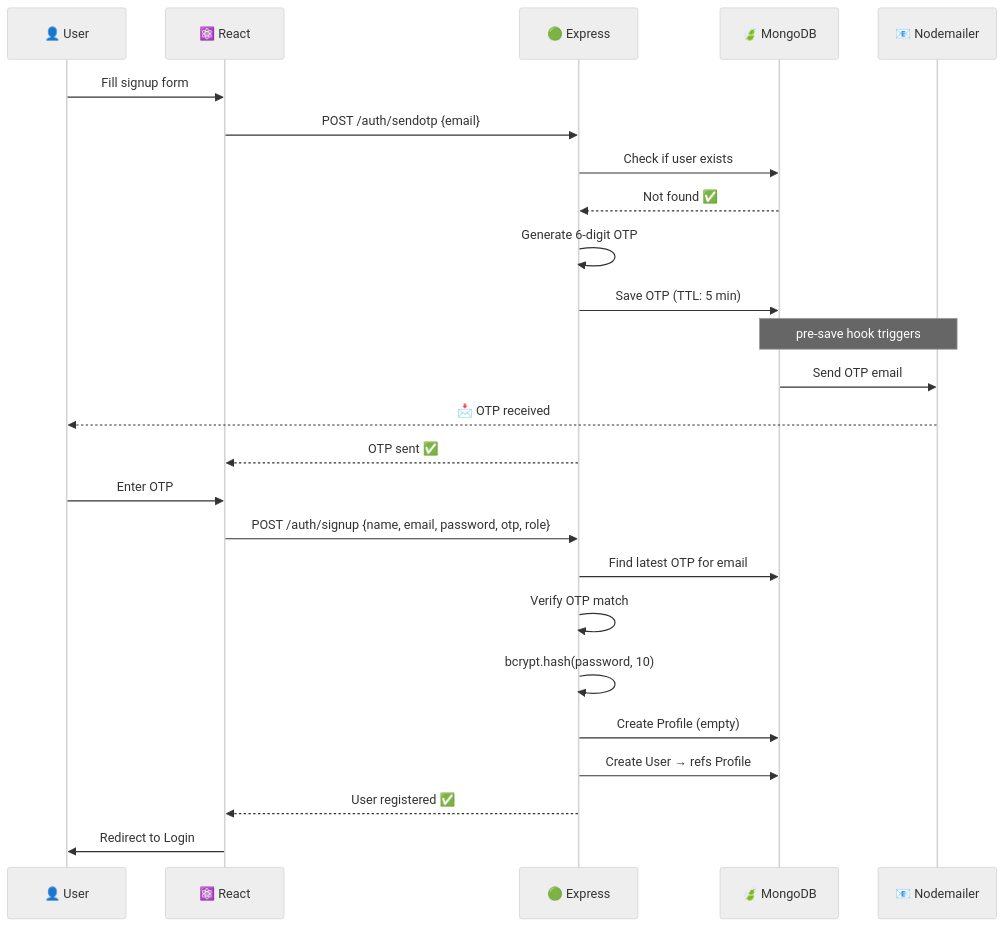
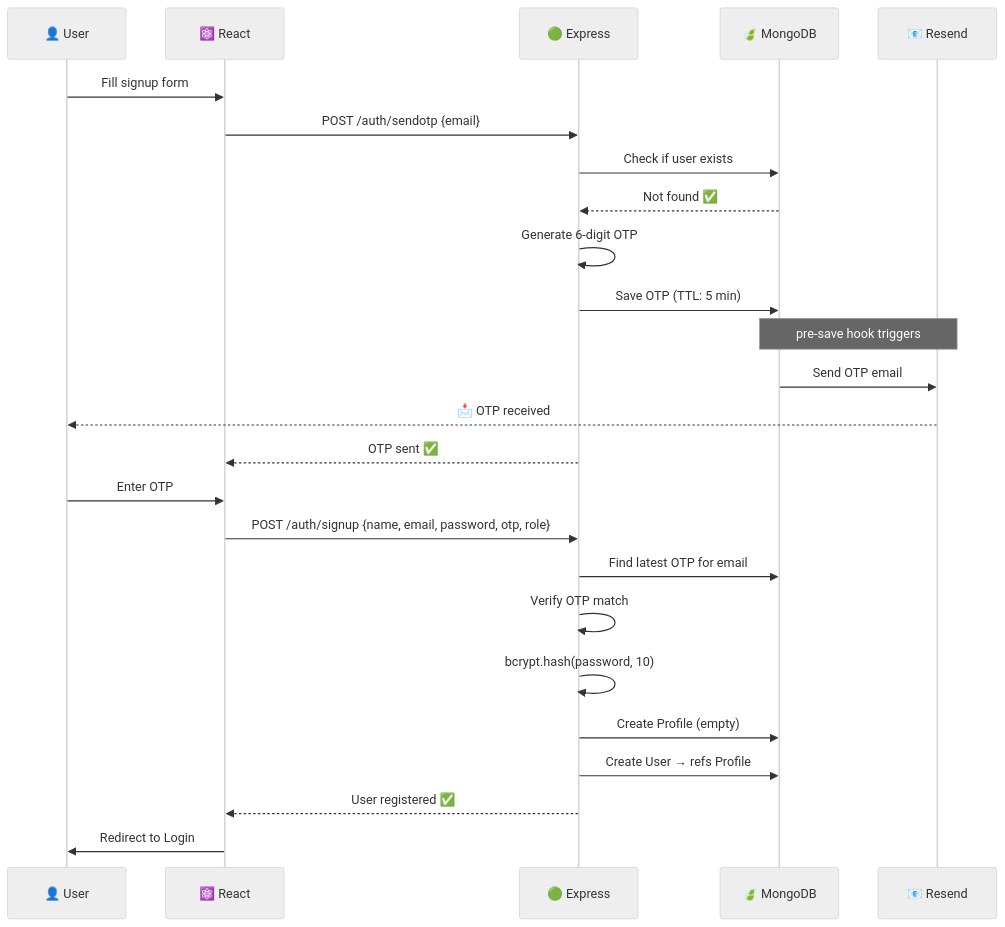
Before and after one commit to Gagan202005/StudyNotion1: the second of 7 diagrams in README.md, drawn with Mermaid (neutral theme). The commit also changed other lines of this file, not shown here.

Commit message:
Update README: migrate from Nodemailer to Resend

````diff
--- a/README.md
+++ b/README.md
@@ -180,29 +180,29 @@
 ```mermaid
 sequenceDiagram
     participant U as 👤 User
     participant R as ⚛️ React
     participant S as 🟢 Express
     participant DB as 🍃 MongoDB
-    participant E as 📧 Nodemailer
+    participant E as 📧 Resend
 
     U->>R: Fill signup form
     R->>S: POST /auth/sendotp {email}
     S->>DB: Check if user exists
     DB-->>S: Not found ✅
     S->>S: Generate 6-digit OTP
     S->>DB: Save OTP (TTL: 5 min)
     Note over DB,E: pre-save hook triggers
     DB->>E: Send OTP email
     E-->>U: 📩 OTP received
     S-->>R: OTP sent ✅
 
     U->>R: Enter OTP
     R->>S: POST /auth/signup {name, email, password, otp, role}
     S->>DB: Find latest OTP for email
     S->>S: Verify OTP match
     S->>S: bcrypt.hash(password, 10)
     S->>DB: Create Profile (empty)
     S->>DB: Create User → refs Profile
     S-->>R: User registered ✅
     R->>U: Redirect to Login
 ```
````
